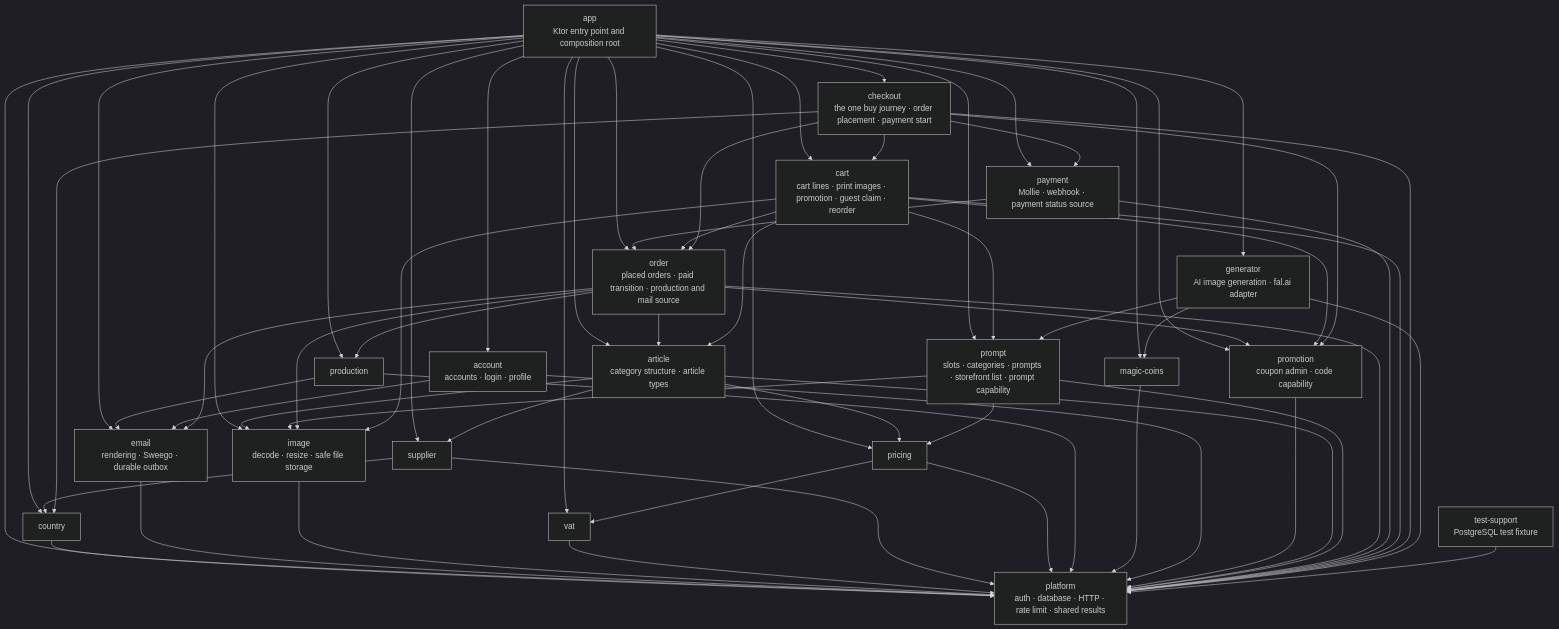
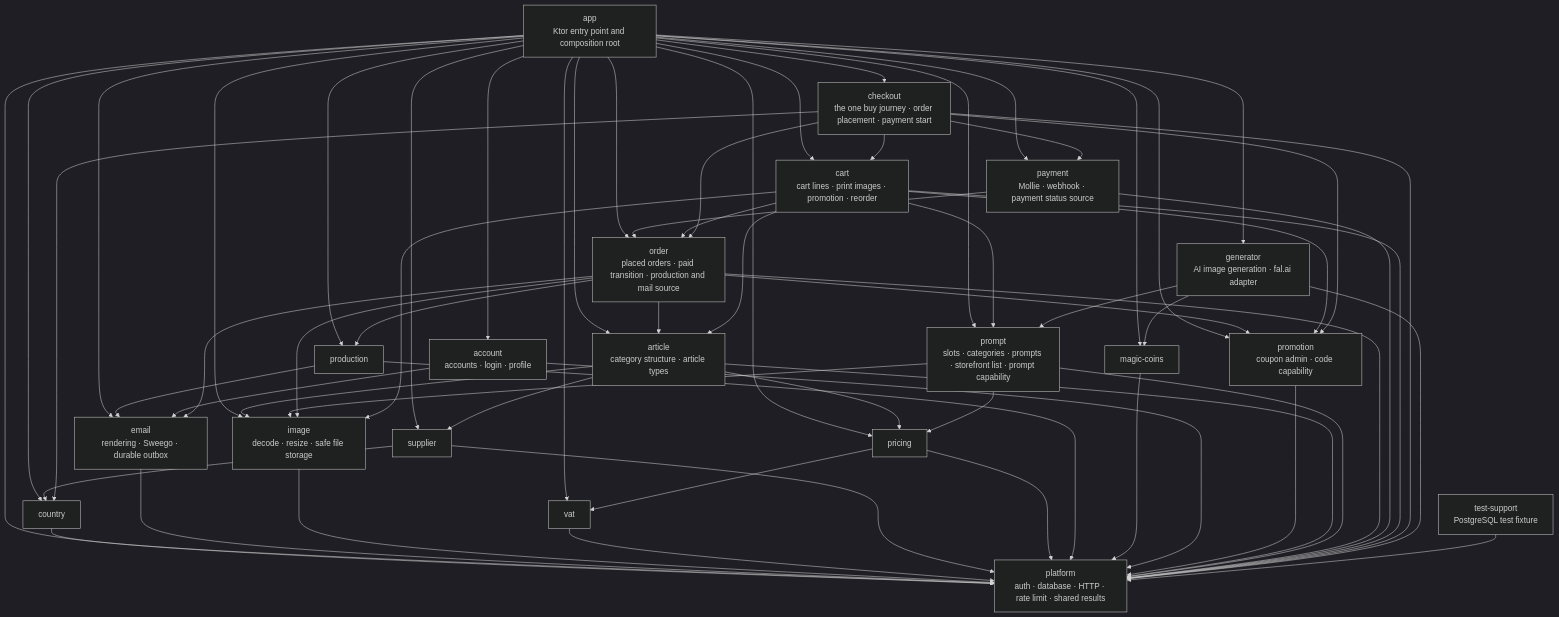
One commit to bitstorm-tech/voenix-shop-kotlin changed the diagram in docs/dev/backend/module-architecture.md. Above: the diagram before and after it, drawn with Mermaid (dark theme). The commit also changed other lines of this file and 126 other files, not shown here.

First line of the commit message:
Remove the guest-data claim; permanent order link in the confirmation mail

```diff
--- a/docs/dev/backend/module-architecture.md
+++ b/docs/dev/backend/module-architecture.md
@@ -49,7 +49,7 @@
     Prompt["prompt<br/>slots · categories · prompts · storefront list · prompt capability"]
     Order["order<br/>placed orders · paid transition · production and mail source"]
     Payment["payment<br/>Mollie · webhook · payment status source"]
-    Cart["cart<br/>cart lines · print images · promotion · guest claim · reorder"]
+    Cart["cart<br/>cart lines · print images · promotion · reorder"]
     Checkout["checkout<br/>the one buy journey · order placement · payment start"]
     Generator["generator<br/>AI image generation · fal.ai adapter"]
     TestSupport["test-support<br/>PostgreSQL test fixture"]
```
